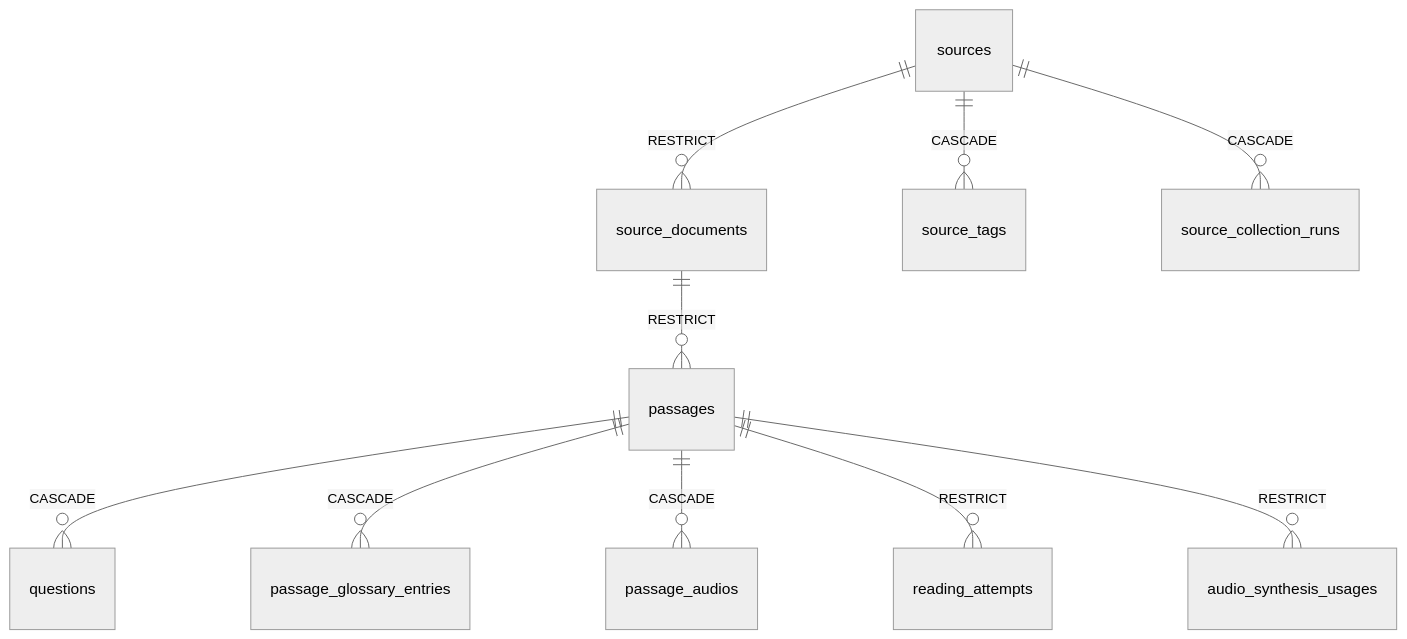
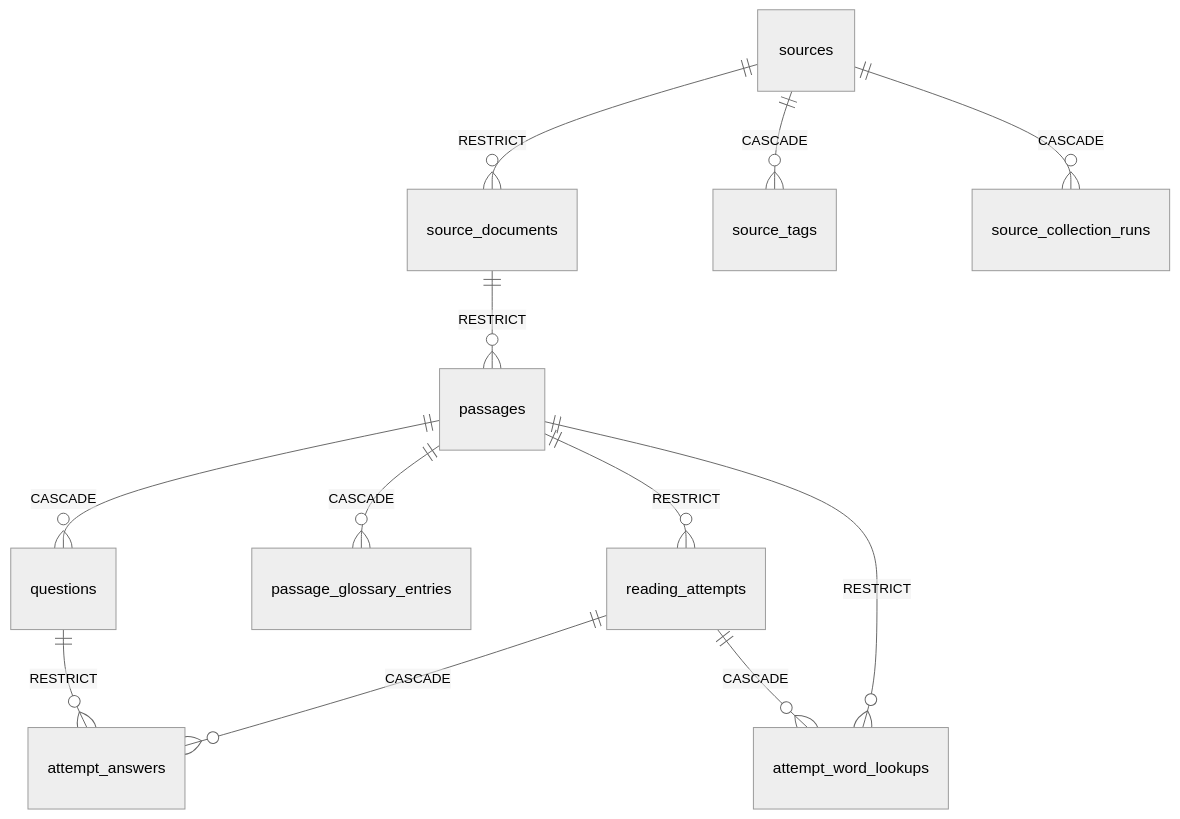
The first of 2 diagrams in docs/spec/source-deletion/README.md (kentakki416/tech-english), drawn with Mermaid (neutral theme) before and after one commit. The commit also changed other lines of this file and 32 other files, not shown here.

````diff
--- a/docs/spec/source-deletion/README.md
+++ b/docs/spec/source-deletion/README.md
@@ -145,12 +156,14 @@
 ```mermaid
 erDiagram
     sources ||--o{ source_documents : "RESTRICT"
     sources ||--o{ source_tags : "CASCADE"
     sources ||--o{ source_collection_runs : "CASCADE"
     source_documents ||--o{ passages : "RESTRICT"
     passages ||--o{ questions : "CASCADE"
     passages ||--o{ passage_glossary_entries : "CASCADE"
-    passages ||--o{ passage_audios : "CASCADE"
     passages ||--o{ reading_attempts : "RESTRICT"
-    passages ||--o{ audio_synthesis_usages : "RESTRICT"
+    passages ||--o{ attempt_word_lookups : "RESTRICT"
+    reading_attempts ||--o{ attempt_answers : "CASCADE"
+    reading_attempts ||--o{ attempt_word_lookups : "CASCADE"
+    questions ||--o{ attempt_answers : "RESTRICT"
 ```
````
